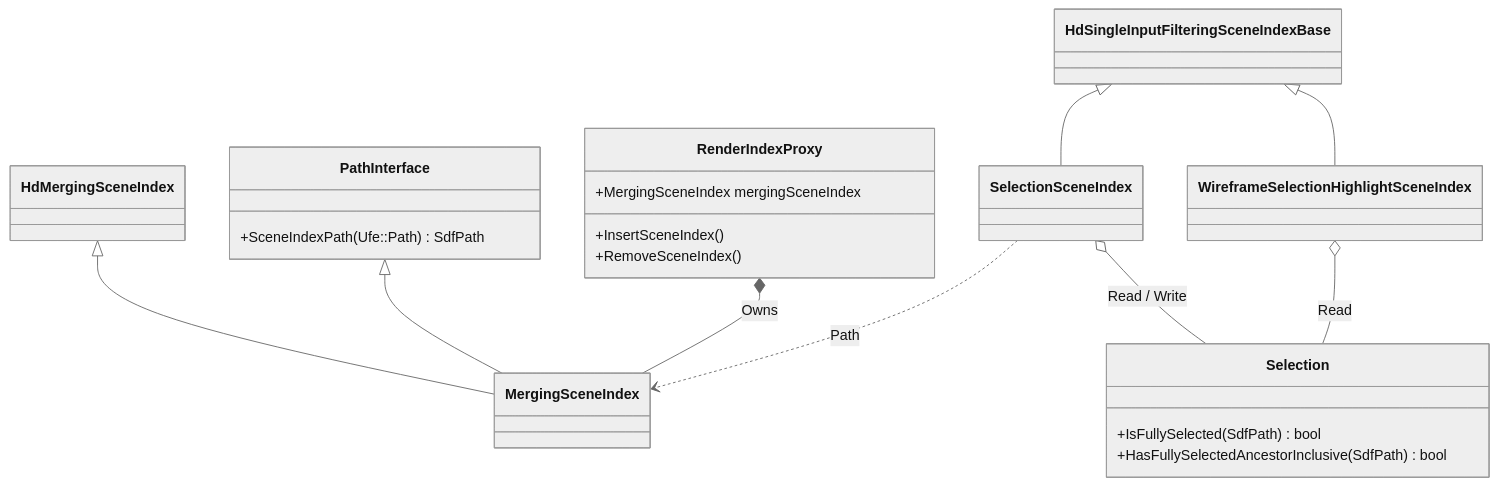
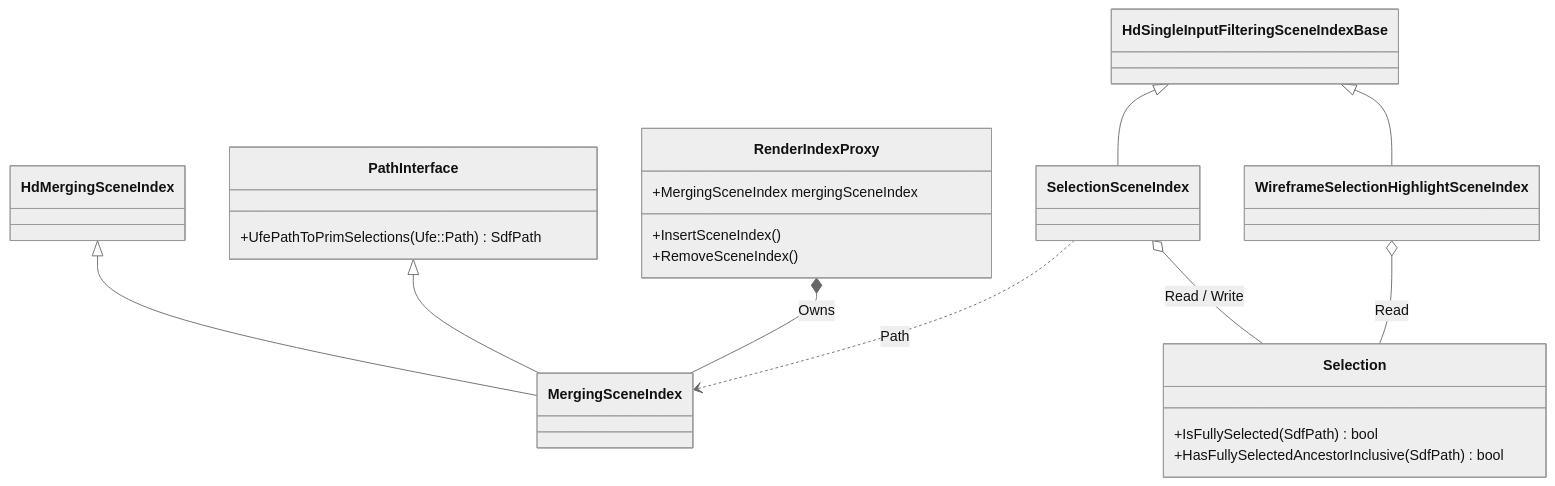
One commit to Autodesk/maya-hydra changed the second of 3 diagrams in doc/selectionHighlightingArchitecture.md. Above: the diagram before and after it, drawn with Mermaid (neutral theme). The commit also changed other lines of this file and 34 other files, not shown here.

````diff
--- a/doc/selectionHighlightingArchitecture.md
+++ b/doc/selectionHighlightingArchitecture.md
@@ -224,39 +226,39 @@
 ```mermaid
 classDiagram
 class HdSingleInputFilteringSceneIndexBase
 class HdMergingSceneIndex
 
 class Selection{
 +IsFullySelected(SdfPath) bool
 +HasFullySelectedAncestorInclusive(SdfPath) bool
 }
 
 class PathInterface{
-+SceneIndexPath(Ufe::Path) SdfPath
++UfePathToPrimSelections(Ufe::Path) SdfPath
 }
 
 class SelectionSceneIndex
 class MergingSceneIndex
 class WireframeSelectionHighlightSceneIndex
 
 class RenderIndexProxy{
 +MergingSceneIndex mergingSceneIndex
 +InsertSceneIndex()
 +RemoveSceneIndex()
 }
 
 HdSingleInputFilteringSceneIndexBase <|-- SelectionSceneIndex
 
 HdMergingSceneIndex <|-- MergingSceneIndex
 PathInterface       <|-- MergingSceneIndex
 
 HdSingleInputFilteringSceneIndexBase <|-- WireframeSelectionHighlightSceneIndex
 
 RenderIndexProxy *-- MergingSceneIndex : Owns
 
 SelectionSceneIndex ..> MergingSceneIndex : Path
 
 SelectionSceneIndex o-- Selection : Read / Write
 
 WireframeSelectionHighlightSceneIndex o-- Selection : Read
 ```
````
